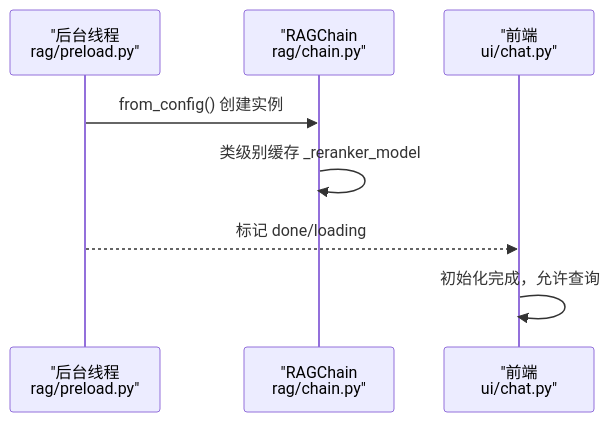
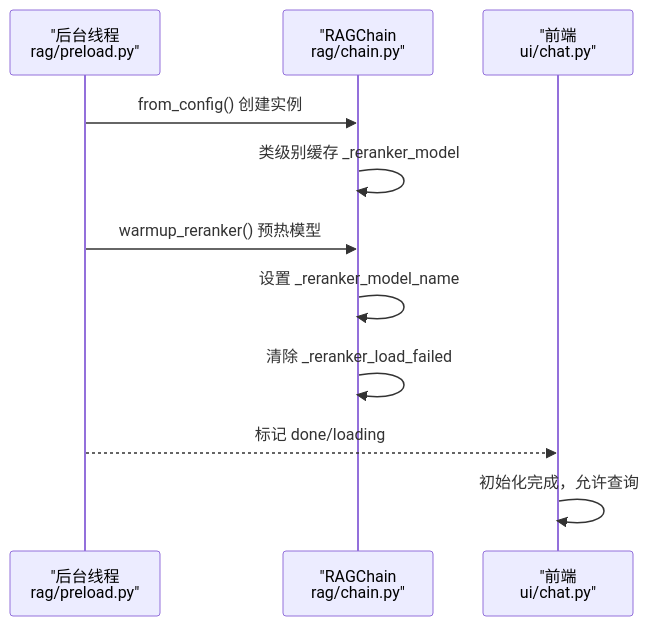
The sixth of 7 diagrams in .qoder/repowiki/zh/content/RAG核心引擎/RAG检索链实现/交叉编码器重排序.md (joyafa/knowledge), drawn with Mermaid before and after one commit. The commit also changed other lines of this file and 16 other files, not shown here.

````diff
--- a/.qoder/repowiki/zh/content/RAG核心引擎/RAG检索链实现/交叉编码器重排序.md
+++ b/.qoder/repowiki/zh/content/RAG核心引擎/RAG检索链实现/交叉编码器重排序.md
@@ -249,10 +307,13 @@
 ```mermaid
 sequenceDiagram
 participant BG as "后台线程<br/>rag/preload.py"
 participant RC as "RAGChain<br/>rag/chain.py"
 participant UI as "前端<br/>ui/chat.py"
 BG->>RC : from_config() 创建实例
 RC->>RC : 类级别缓存 _reranker_model
+BG->>RC : warmup_reranker() 预热模型
+RC->>RC : 设置 _reranker_model_name
+RC->>RC : 清除 _reranker_load_failed
 BG-->>UI : 标记 done/loading
 UI->>UI : 初始化完成，允许查询
 ```
````
